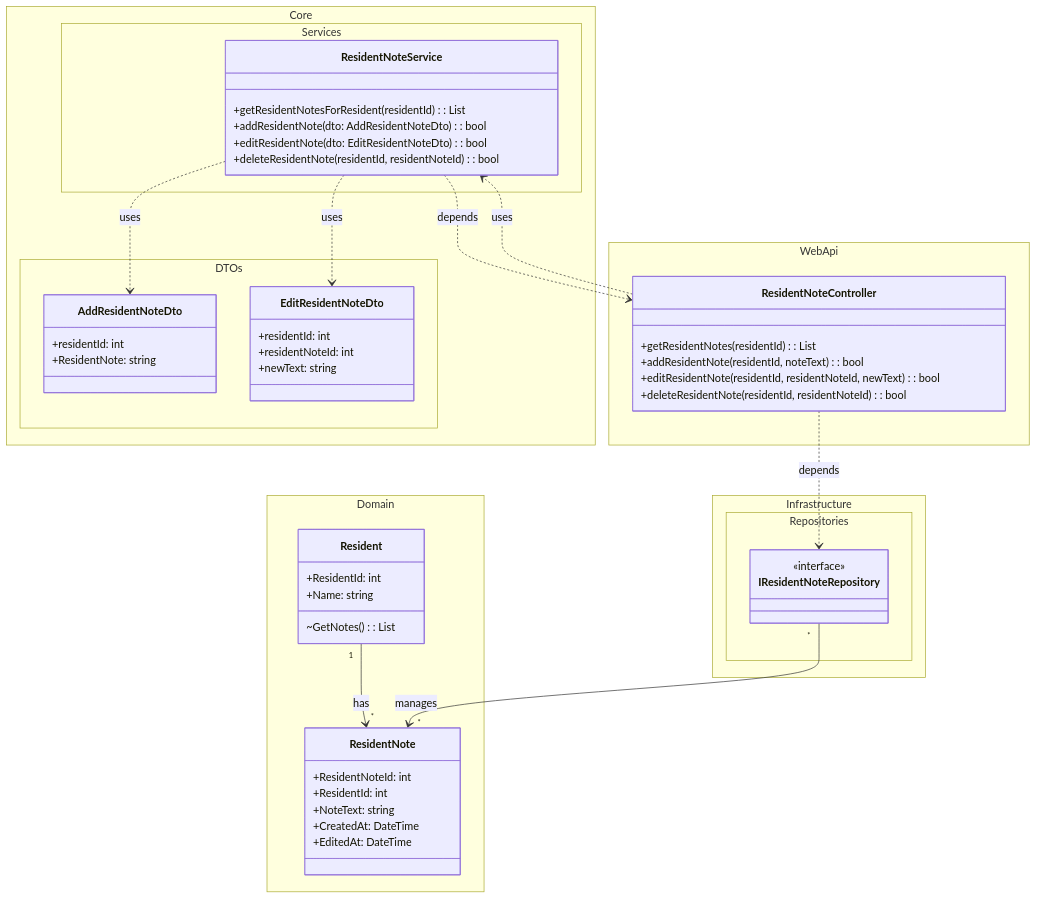
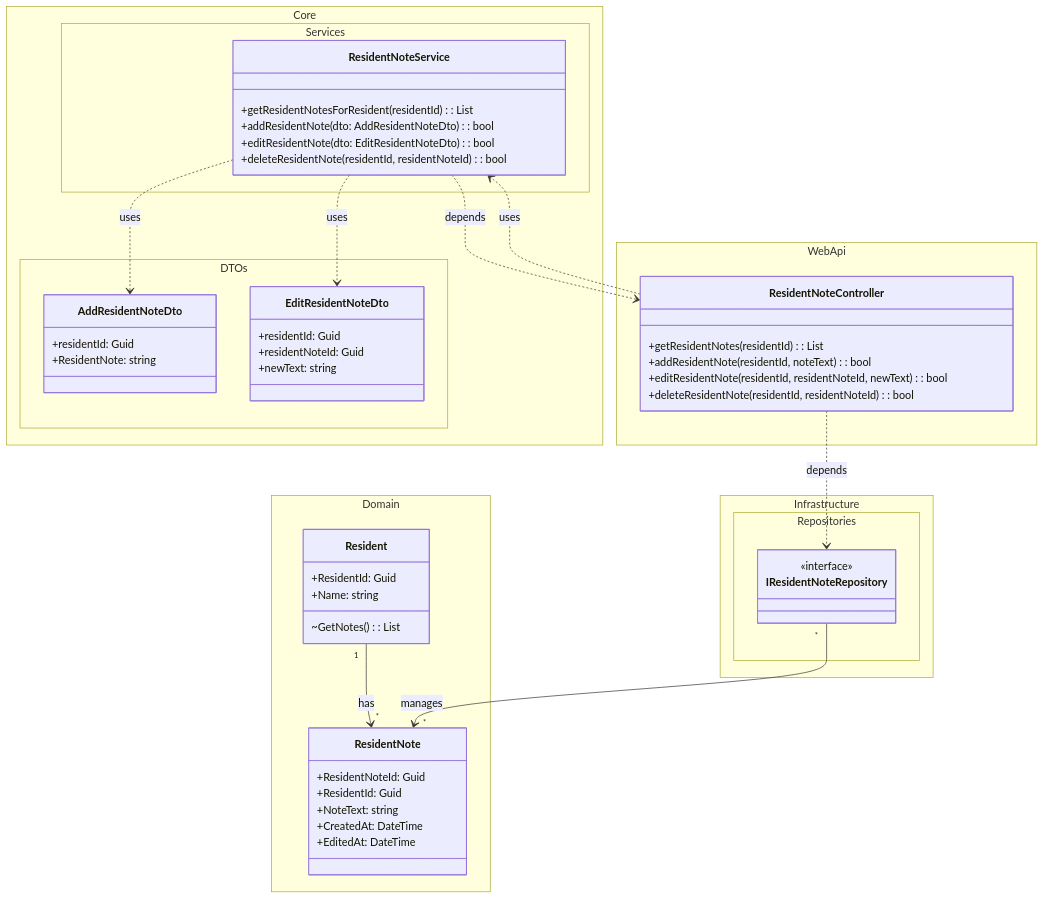
Before and after one commit to DMOoF25-Team6/Slottets-Drifttavlen: the diagram in docs/use-cases/uc-002-dashBoard-residentNote/uc-002.dcd.0001.md, drawn with Mermaid. The commit also changed 11 other files, not shown here.

````diff
--- a/docs/use-cases/uc-002-dashBoard-residentNote/uc-002.dcd.0001.md
+++ b/docs/use-cases/uc-002-dashBoard-residentNote/uc-002.dcd.0001.md
@@ -15,57 +15,57 @@
 ```mermaid
 %% UC-002 ResidentNote Domain Class Diagram
 classDiagram
   namespace Domain {
     class Resident {
-      +ResidentId: int
+      +ResidentId: Guid
       +Name: string
       ~GetNotes(): List<ResidentNote>
     }
     class ResidentNote {
-      +ResidentNoteId: int
-      +ResidentId: int
+      +ResidentNoteId: Guid
+      +ResidentId: Guid
       +NoteText: string
       +CreatedAt: DateTime
       +EditedAt: DateTime
     }
   }
   namespace Core.DTOs {
     class AddResidentNoteDto {
-      +residentId: int
+      +residentId: Guid
       +ResidentNote: string
     }
     class EditResidentNoteDto {
-      +residentId: int
-      +residentNoteId: int
+      +residentId: Guid
+      +residentNoteId: Guid
       +newText: string
     }
   }
   namespace Core.Services {
     class ResidentNoteService {
       +getResidentNotesForResident(residentId): List<ResidentNote>
       +addResidentNote(dto: AddResidentNoteDto): bool
       +editResidentNote(dto: EditResidentNoteDto): bool
       +deleteResidentNote(residentId, residentNoteId): bool
     }
   }
   namespace WebApi {
     class ResidentNoteController {
         +getResidentNotes(residentId): List<ResidentNote>
         +addResidentNote(residentId, noteText): bool
         +editResidentNote(residentId, residentNoteId, newText): bool
         +deleteResidentNote(residentId, residentNoteId): bool
     }
   }
   namespace Infrastructure.Repositories {
     class IResidentNoteRepository {
     <<interface>>
     }
   }
   Resident "1" --> "*" ResidentNote : has
   ResidentNoteController ..> ResidentNoteService : uses
   ResidentNoteService ..> AddResidentNoteDto : uses
   ResidentNoteService ..> EditResidentNoteDto : uses
   ResidentNoteService ..> ResidentNoteController : depends
   ResidentNoteController ..> IResidentNoteRepository : depends
   IResidentNoteRepository "*" --> "*" ResidentNote : manages
 ```
````
